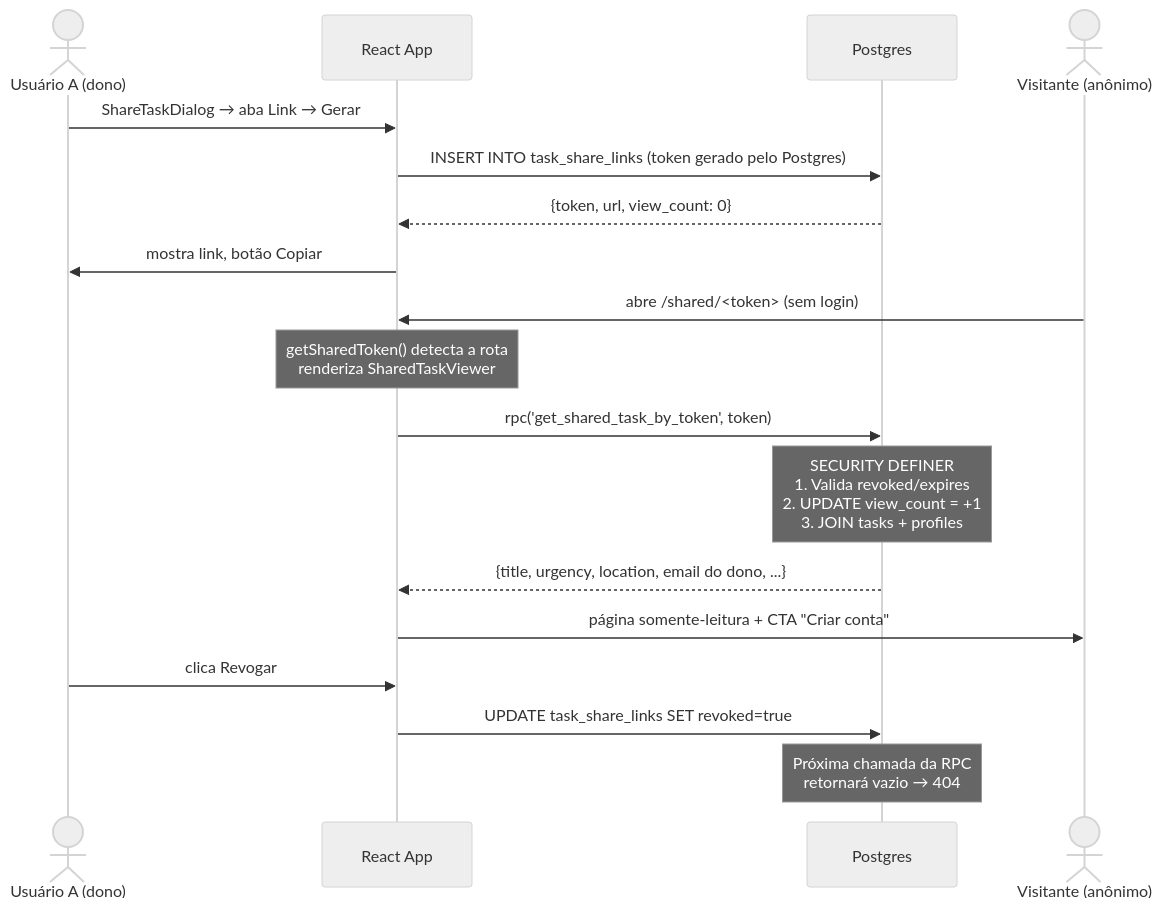
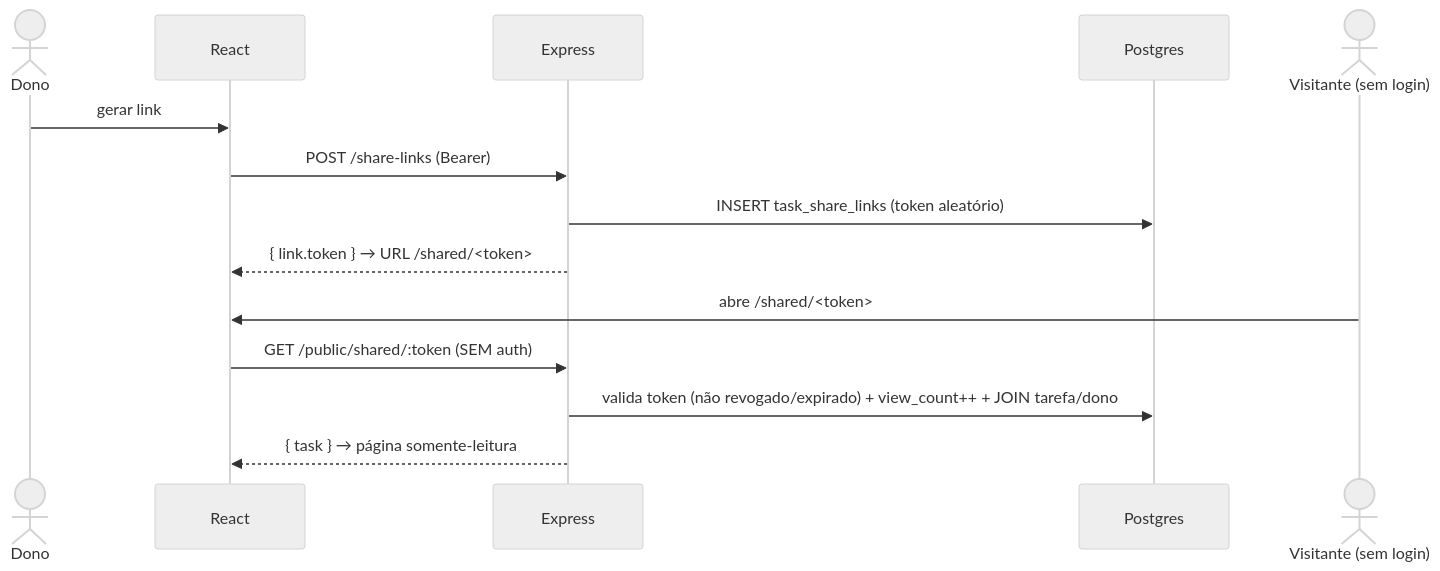
Before and after one commit to Kauapy/taskflow: the fourth of 4 diagrams in docs/ARQUITETURA.md, drawn with Mermaid (neutral theme). The commit also changed other lines of this file and 4 other files, not shown here.

````diff
--- a/docs/ARQUITETURA.md
+++ b/docs/ARQUITETURA.md
@@ -119,23 +113,18 @@
 ```mermaid
 sequenceDiagram
-  actor A as Usuário A (dono)
-  participant App as React App
+  actor A as Dono
+  participant App as React
+  participant API as Express
   participant DB as Postgres
-  actor V as Visitante (anônimo)
+  actor V as Visitante (sem login)
 
-  A->>App: ShareTaskDialog → aba Link → Gerar
-  App->>DB: INSERT INTO task_share_links (token gerado pelo Postgres)
-  DB-->>App: {token, url, view_count: 0}
-  App->>A: mostra link, botão Copiar
+  A->>App: gerar link
+  App->>API: POST /share-links (Bearer)
+  API->>DB: INSERT task_share_links (token aleatório)
+  API-->>App: { link.token } → URL /shared/<token>
 
-  V->>App: abre /shared/<token> (sem login)
-  Note over App: getSharedToken() detecta a rota<br/>renderiza SharedTaskViewer
-  App->>DB: rpc('get_shared_task_by_token', token)
-  Note over DB: SECURITY DEFINER<br/>1. Valida revoked/expires<br/>2. UPDATE view_count = +1<br/>3. JOIN tasks + profiles
-  DB-->>App: {title, urgency, location, email do dono, ...}
-  App->>V: página somente-leitura + CTA "Criar conta"
-
-  A->>App: clica Revogar
-  App->>DB: UPDATE task_share_links SET revoked=true
-  Note over DB: Próxima chamada da RPC<br/>retornará vazio → 404
+  V->>App: abre /shared/<token>
+  App->>API: GET /public/shared/:token  (SEM auth)
+  API->>DB: valida token (não revogado/expirado) + view_count++ + JOIN tarefa/dono
+  API-->>App: { task } → página somente-leitura
 ```
````
